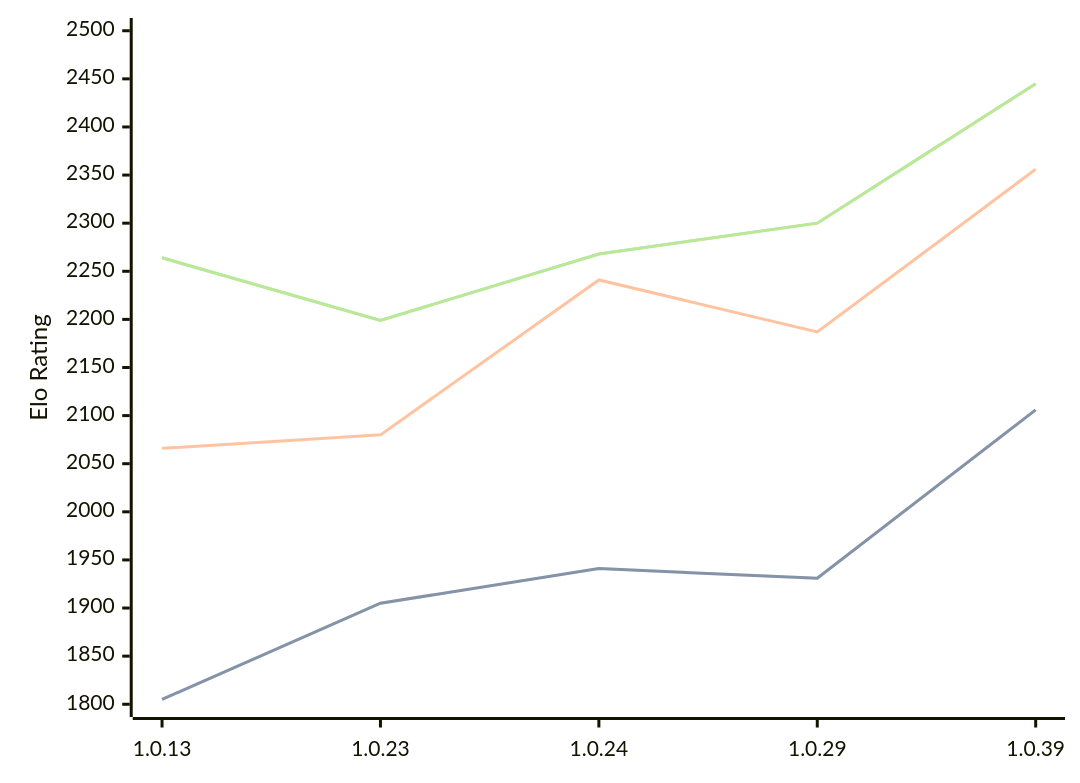
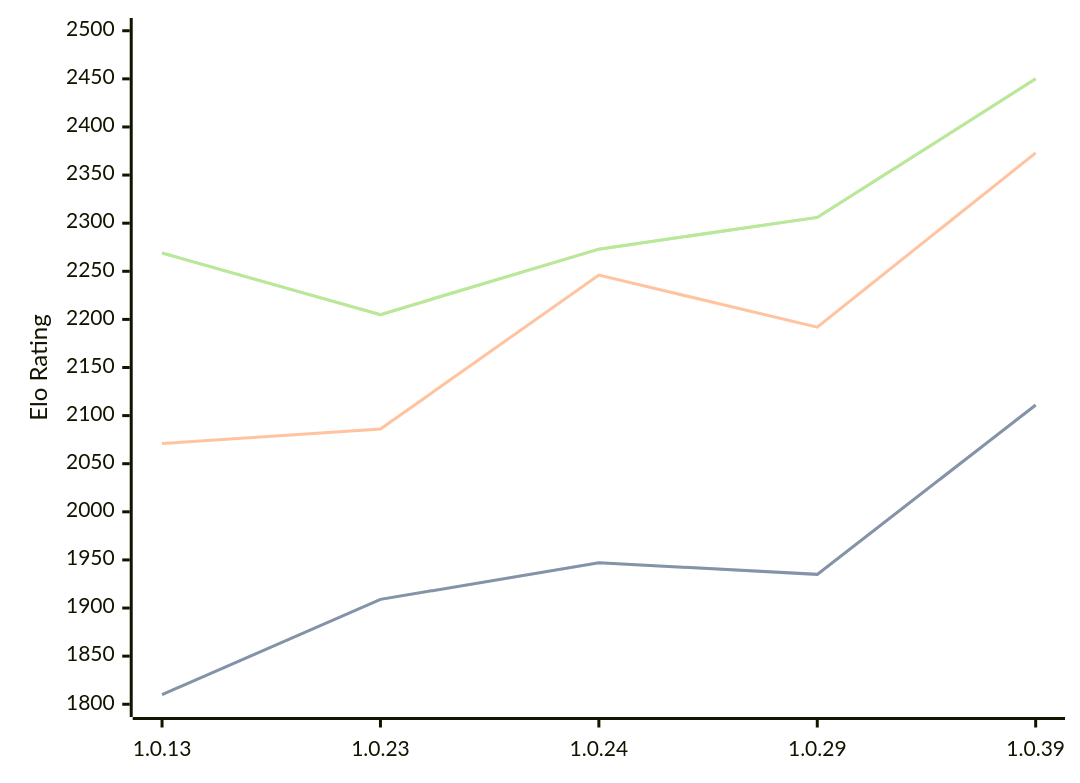
Before and after one commit to computer-chess-index/cci: the diagram in engines/RustyRival.md, drawn with Mermaid. The commit also changed other lines of this file, not shown here.

Commit message:
Update CCI Ratings (ELO VLTC) - 2026-04-14

````diff
--- a/engines/RustyRival.md
+++ b/engines/RustyRival.md
@@ -66,11 +66,11 @@
 ```mermaid
 %%{init: {"theme":"base","themeVariables":{"seriesColors:['#a3a3a3','#222221','#faa371']}}}%%
 xychart-beta
   x-axis ["1.0.13", "1.0.23", "1.0.24", "1.0.29", "1.0.39"]
   y-axis "Elo Rating" 1800 --> 2500
-  line "STC (8.0+0.08s)" [1805, 1905, 1941, 1931, 2106]
-  line "STC (8.0+0.08s)" [1805, 1905, 1941, 1931, 2106]
-  line "LTC (60.0+0.60s)" [2066, 2080, 2241, 2187, 2356]
-  line "VLTC (2m24s+1.12s)" [2264, 2199, 2268, 2300, 2445]
-  line "VLTC (2m24s+1.12s)" [2264, 2199, 2268, 2300, 2445]
+  line "STC (8.0+0.08s)" [1810, 1909, 1947, 1935, 2111]
+  line "STC (8.0+0.08s)" [1810, 1909, 1947, 1935, 2111]
+  line "LTC (60.0+0.60s)" [2071, 2086, 2246, 2192, 2373]
+  line "VLTC (2m24s+1.12s)" [2269, 2205, 2273, 2306, 2450]
+  line "VLTC (2m24s+1.12s)" [2269, 2205, 2273, 2306, 2450]
 ```
````
